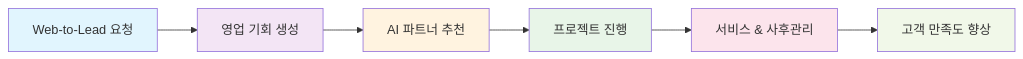
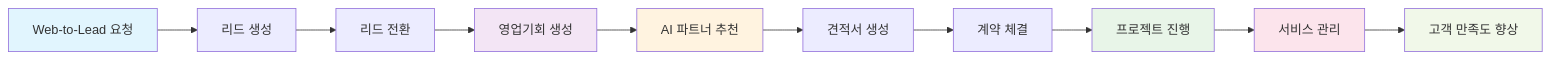
One commit to WJY-ador/Salesforce_Yashija_Project changed the first of 4 diagrams in README.md. Above: the diagram before and after it, drawn with Mermaid. The commit also changed other lines of this file, not shown here.

````diff
--- a/README.md
+++ b/README.md
@@ -73,15 +62,19 @@
 ```mermaid
 graph LR
-    A[Web-to-Lead 요청] --> B[영업 기회 생성]
-    B --> C[AI 파트너 추천]
-    C --> D[프로젝트 진행]
-    D --> E[서비스 & 사후관리]
-    E --> F[고객 만족도 향상]
-    
-    style A fill:#e1f5fe
-    style B fill:#f3e5f5
-    style C fill:#fff3e0
-    style D fill:#e8f5e8
-    style E fill:#fce4ec
-    style F fill:#f1f8e9
+    A[Web-to-Lead 요청] --> B[리드 생성]
+    B --> C[리드 전환]
+    C --> D[영업기회 생성]
+    D --> E[AI 파트너 추천]
+    E --> F[견적서 생성]
+    F --> G[계약 체결]
+    G --> H[프로젝트 진행]
+    H --> I[서비스 관리]
+    I --> J[고객 만족도 향상]
+    
+    style A fill:#e1f5fe
+    style D fill:#f3e5f5
+    style E fill:#fff3e0
+    style H fill:#e8f5e8
+    style I fill:#fce4ec
+    style J fill:#f1f8e9
 ```
````
